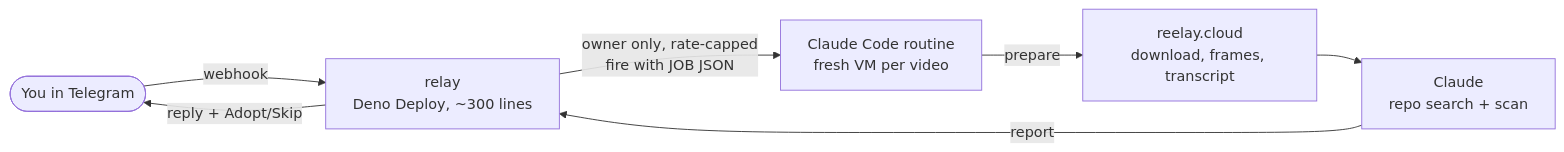
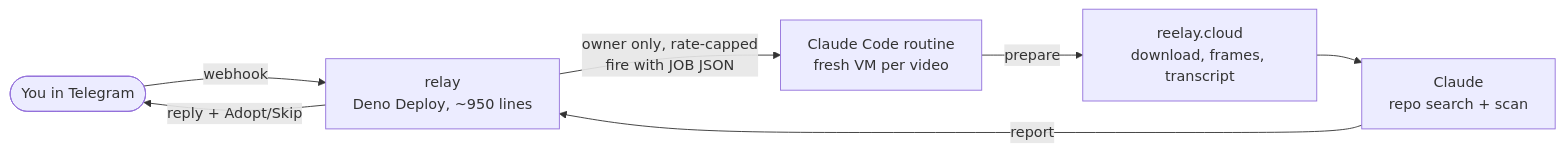
The diagram in README.md (ksoc51221-dotcom/omnividens), drawn with Mermaid before and after one commit. The commit also changed other lines of this file and 9 other files, not shown here.

````diff
--- a/README.md
+++ b/README.md
@@ -19,9 +56,9 @@
 ```mermaid
 flowchart LR
-    U([You in Telegram]) -->|webhook| R[relay<br/>Deno Deploy, ~300 lines]
+    U([You in Telegram]) -->|webhook| R[relay<br/>Deno Deploy, ~950 lines]
     R -->|owner only, rate-capped<br/>fire with JOB JSON| RT[Claude Code routine<br/>fresh VM per video]
     RT -->|prepare| P[reelay.cloud<br/>download, frames, transcript]
     P --> C[Claude<br/>repo search + scan]
     C -->|report| R
     R -->|reply + Adopt/Skip| U
 ```
````
